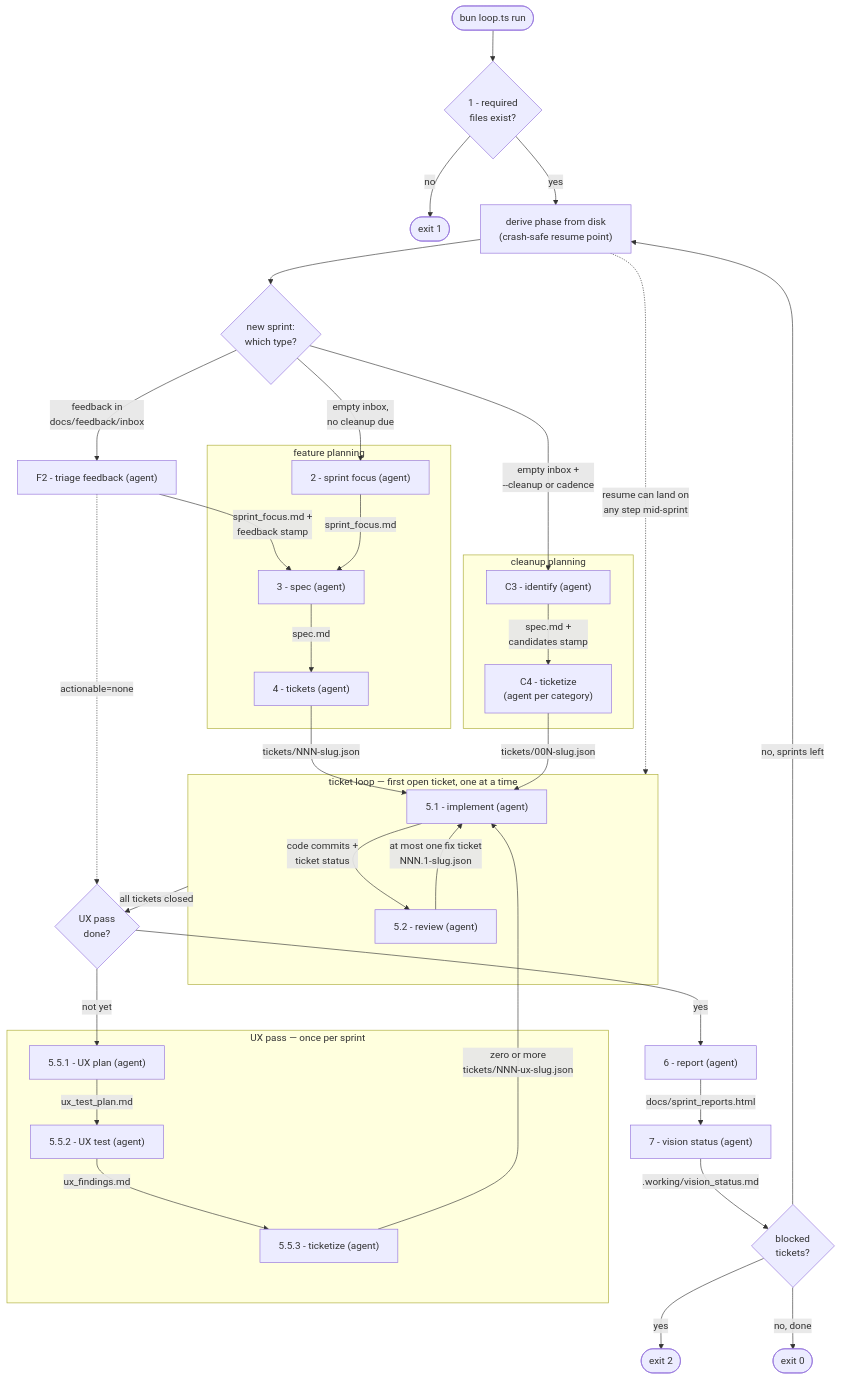
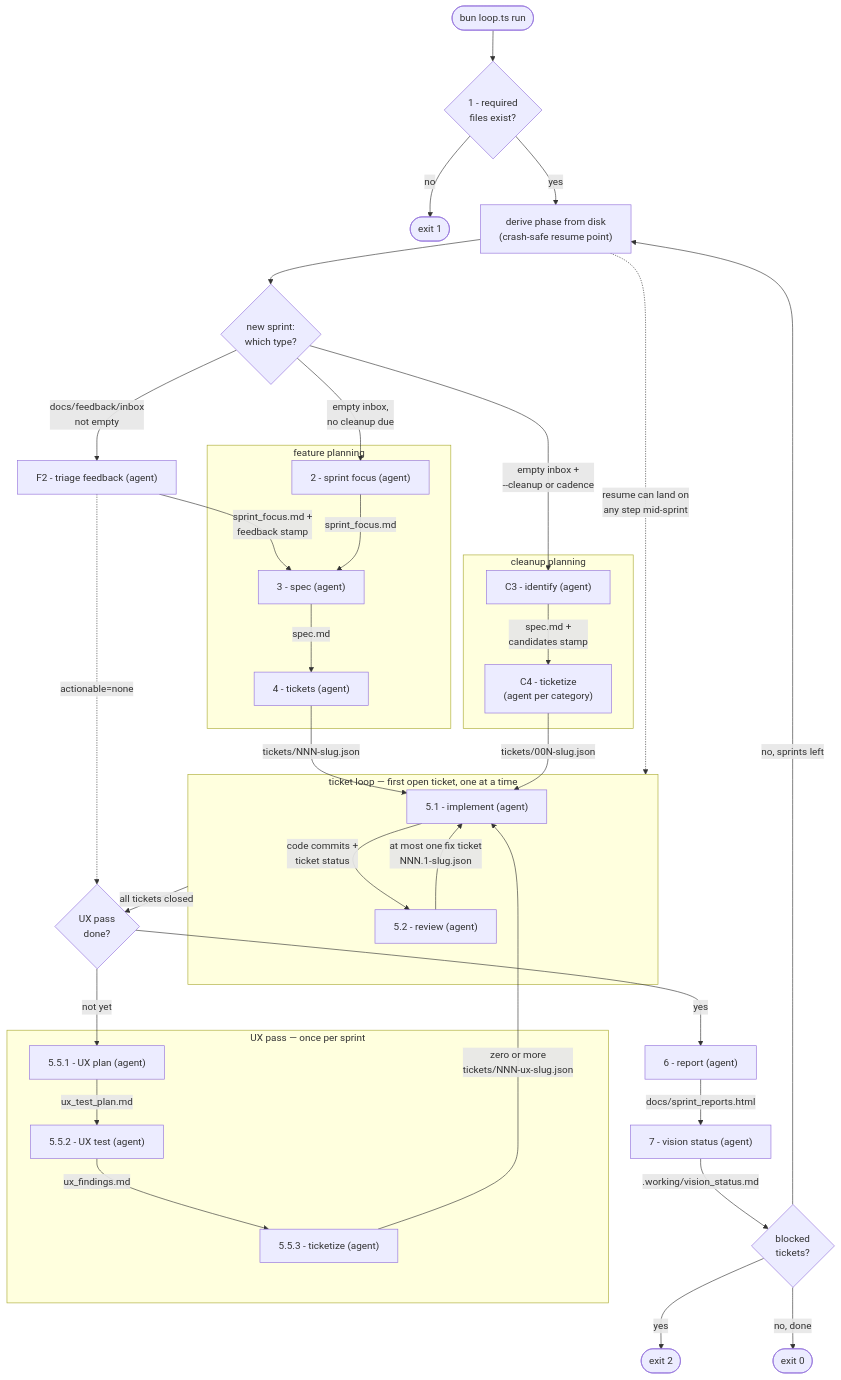
The diagram in README.md (schmkls/mmm-loop), drawn with Mermaid before and after one commit. The commit also changed other lines of this file and 1 other file, not shown here.

````diff
--- a/README.md
+++ b/README.md
@@ -187,48 +190,48 @@
 ```mermaid
 flowchart TD
     Run(["bun loop.ts run"]) --> Validate{"1 - required<br/>files exist?"}
     Validate -- no --> Exit1(["exit 1"])
     Validate -- yes --> Derive["derive phase from disk<br/>(crash-safe resume point)"]
     Derive -. "resume can land on<br/>any step mid-sprint" .-> Loop
     Derive --> Kind{"new sprint:<br/>which type?"}
 
     Kind -- "empty inbox,<br/>no cleanup due" --> Focus
-    Kind -- "feedback in<br/>docs/feedback/inbox" --> F2["F2 - triage feedback (agent)"]
+    Kind -- "docs/feedback/inbox<br/>not empty" --> F2["F2 - triage feedback (agent)"]
     Kind -- "empty inbox +<br/>--cleanup or cadence" --> C3
 
     F2 -- "sprint_focus.md +<br/>feedback stamp" --> Spec
     F2 -. "actionable=none" .-> UxGate
 
     subgraph Feature["feature planning"]
         Focus["2 - sprint focus (agent)"] -- "sprint_focus.md" --> Spec["3 - spec (agent)"]
         Spec -- "spec.md" --> Tickets["4 - tickets (agent)"]
     end
 
     subgraph Cleanup["cleanup planning"]
         C3["C3 - identify (agent)"] -- "spec.md +<br/>candidates stamp" --> C4["C4 - ticketize<br/>(agent per category)"]
     end
 
     Tickets -- "tickets/NNN-slug.json" --> Implement
     C4 -- "tickets/00N-slug.json" --> Implement
 
     subgraph Loop["ticket loop — first open ticket, one at a time"]
         Implement["5.1 - implement (agent)"] -- "code commits +<br/>ticket status" --> Review["5.2 - review (agent)"]
         Review -- "at most one fix ticket<br/>NNN.1-slug.json" --> Implement
     end
 
     Loop -- "all tickets closed" --> UxGate{"UX pass<br/>done?"}
     UxGate -- "not yet" --> UxPlan
 
     subgraph Ux["UX pass — once per sprint"]
         UxPlan["5.5.1 - UX plan (agent)"] -- "ux_test_plan.md" --> UxTest["5.5.2 - UX test (agent)"]
         UxTest -- "ux_findings.md" --> UxTix["5.5.3 - ticketize (agent)"]
     end
 
     UxTix -- "zero or more<br/>tickets/NNN-ux-slug.json" --> Implement
     UxGate -- yes --> Report["6 - report (agent)"]
     Report -- "docs/sprint_reports.html" --> Vision["7 - vision status (agent)"]
     Vision -- ".working/vision_status.md" --> Stop{"blocked<br/>tickets?"}
     Stop -- yes --> Exit2(["exit 2"])
     Stop -- "no, sprints left" --> Derive
     Stop -- "no, done" --> Exit0(["exit 0"])
 ```
````
